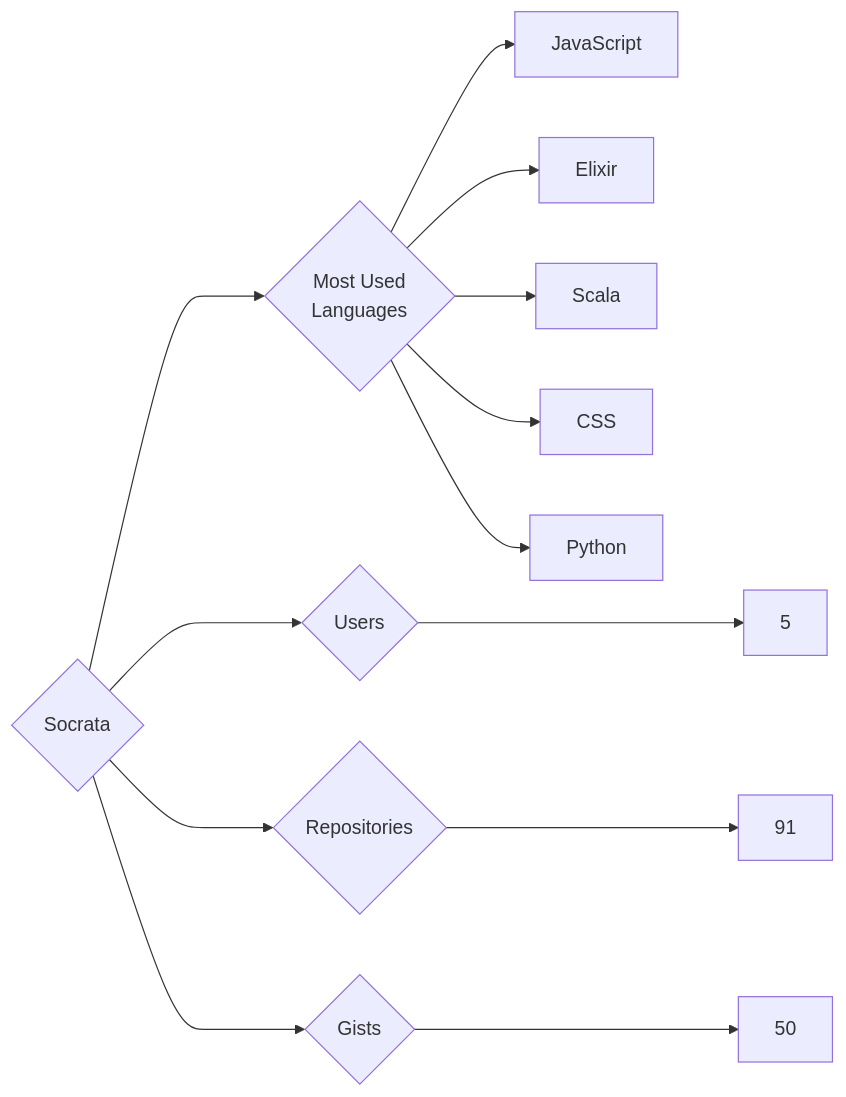
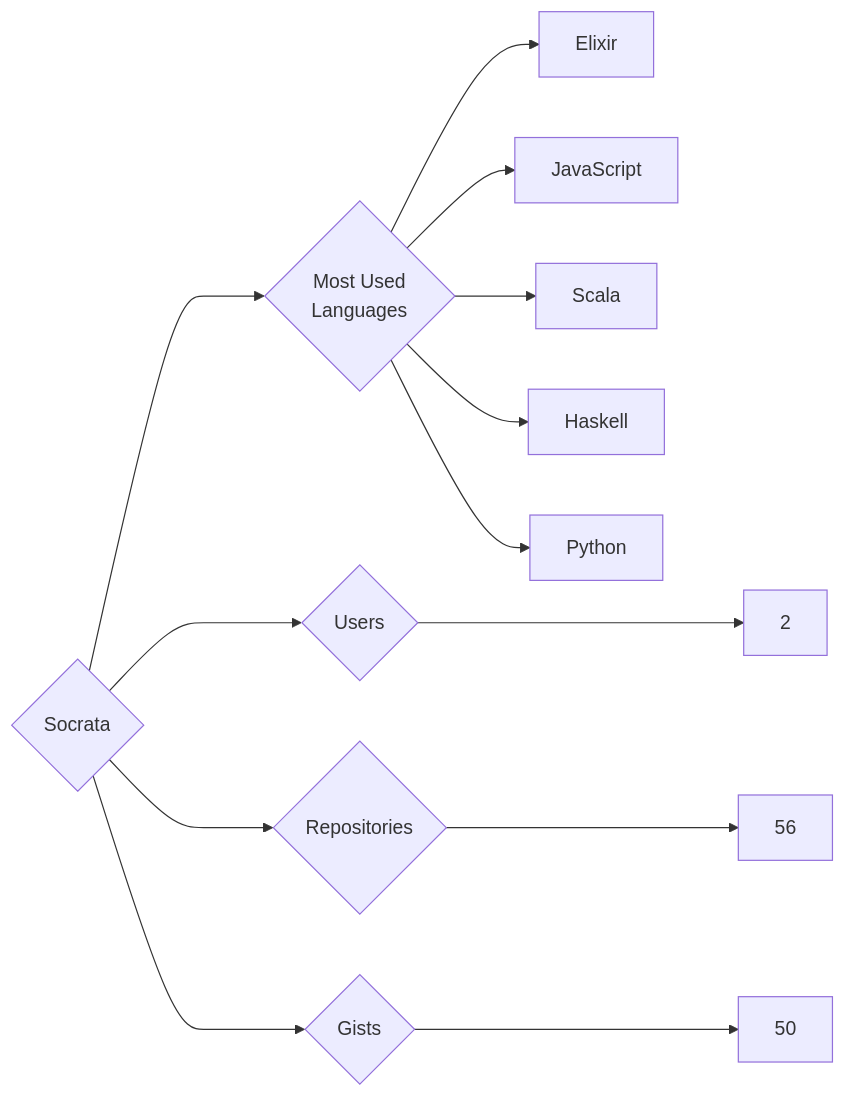
One commit to trickest/insiders changed the diagram in targets/Socrata/README.md. Above: the diagram before and after it, drawn with Mermaid. The commit also changed 770 other files, not shown here.

````diff
--- a/targets/Socrata/README.md
+++ b/targets/Socrata/README.md
@@ -3,13 +3,13 @@
 ```mermaid
 graph LR
 COMPANY_NAME{Socrata}
-COMPANY_NAME ---> U{Users} ---> UN[5]
-COMPANY_NAME ---> R{Repositories} ---> RN[91]
+COMPANY_NAME ---> U{Users} ---> UN[2]
+COMPANY_NAME ---> R{Repositories} ---> RN[56]
 COMPANY_NAME ---> G{Gists} ---> GN[50]
 COMPANY_NAME ---> ML{Most Used<br>Languages}
+ML --> Elixir[Elixir]
 ML --> JavaScript[JavaScript]
-ML --> Elixir[Elixir]
 ML --> Scala[Scala]
-ML --> CSS[CSS]
+ML --> Haskell[Haskell]
 ML --> Python[Python]
 ```
````
